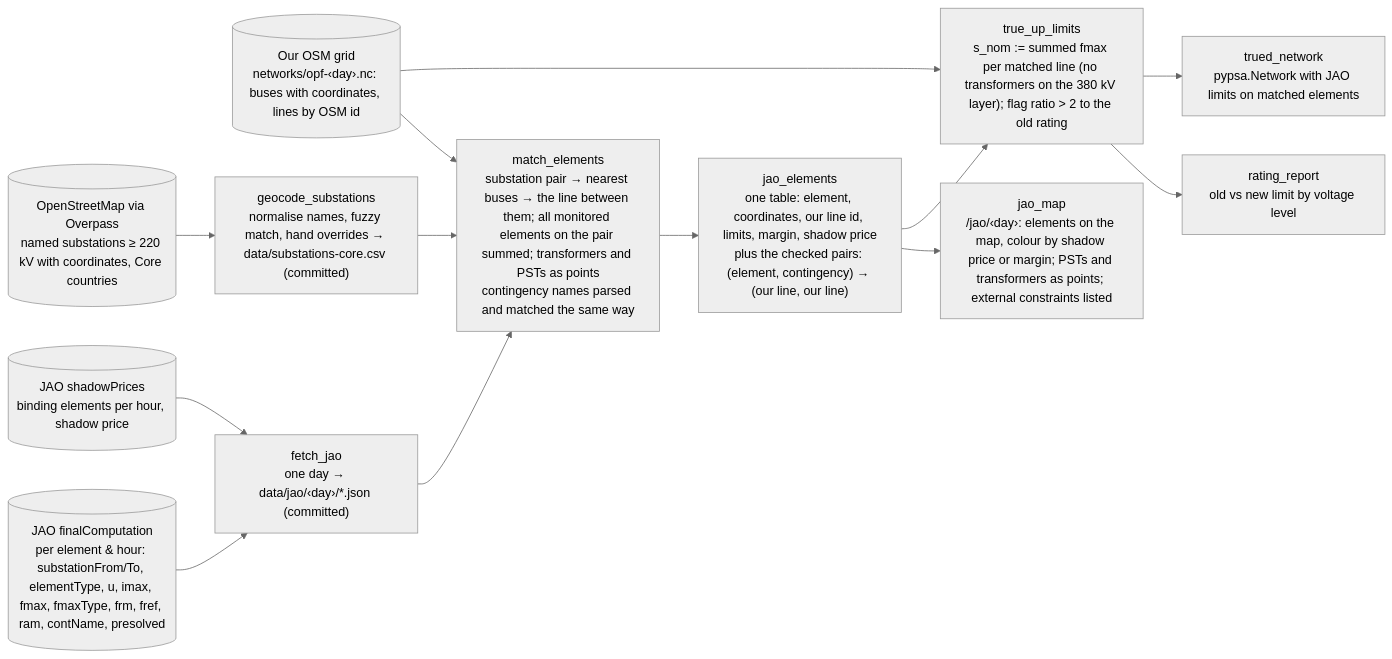
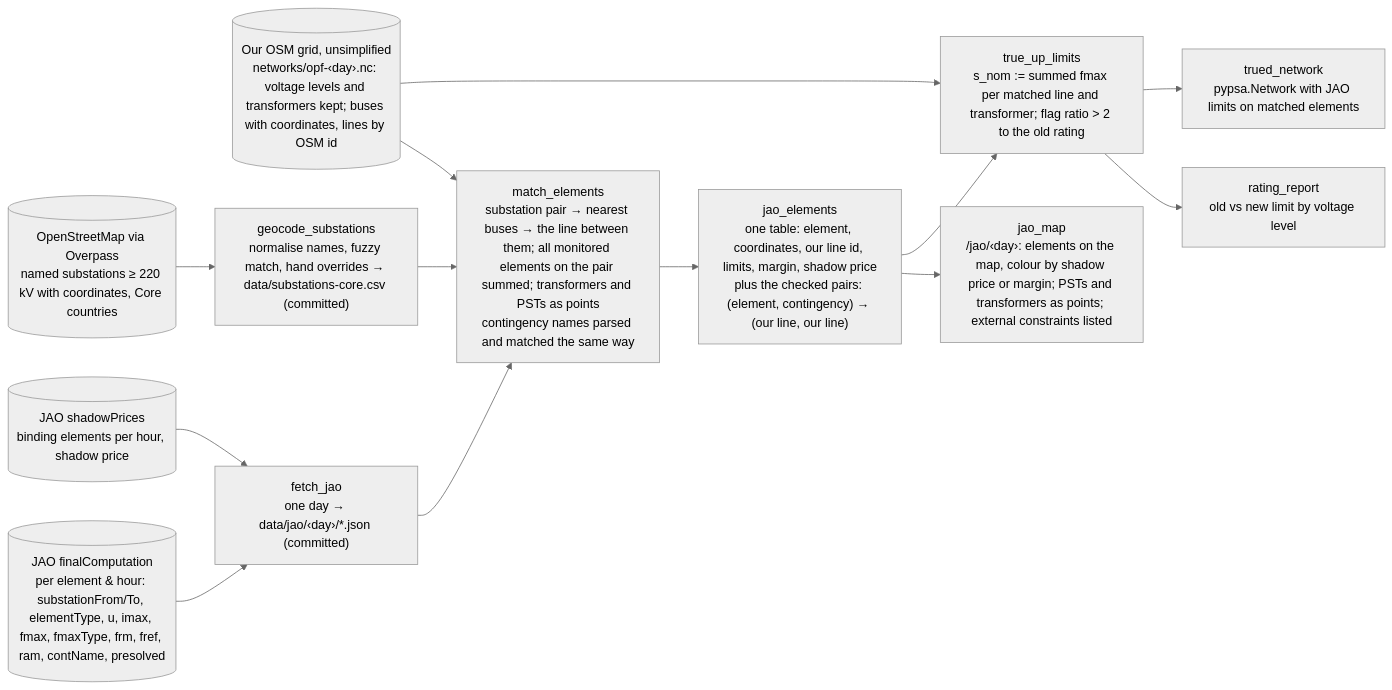
Before and after one commit to zoltanmaric/coppersushi: the diagram in wiki/specs/jao-grid.md, drawn with Mermaid (neutral theme). The commit also changed other lines of this file and 1 other file, not shown here.

````diff
--- a/wiki/specs/jao-grid.md
+++ b/wiki/specs/jao-grid.md
@@ -24,29 +27,29 @@
 ```mermaid
 flowchart LR
 
     jao_fc[("JAO finalComputation<br/>per element & hour: substationFrom/To, elementType, u, imax, fmax, fmaxType, frm, fref, ram, contName, presolved")]
     jao_sp[("JAO shadowPrices<br/>binding elements per hour, shadow price")]
     osm_subs[("OpenStreetMap via Overpass<br/>named substations ≥ 220 kV with coordinates, Core countries")]
-    grid[("Our OSM grid<br/>networks/opf-‹day›.nc: buses with coordinates, lines by OSM id")]
+    grid[("Our OSM grid, unsimplified<br/>networks/opf-‹day›.nc: voltage levels and transformers kept; buses with coordinates, lines by OSM id")]
 
     fetch["fetch_jao<br/>one day → data/jao/‹day›/*.json (committed)"]
     geocode["geocode_substations<br/>normalise names, fuzzy match, hand overrides → data/substations-core.csv (committed)"]
     match["match_elements<br/>substation pair → nearest buses → the line between them; all monitored elements on the pair summed; transformers and PSTs as points<br/>contingency names parsed and matched the same way"]
-    true_up["true_up_limits<br/>s_nom := summed fmax per matched line (no transformers on the 380 kV layer); flag ratio &gt; 2 to the old rating"]
+    true_up["true_up_limits<br/>s_nom := summed fmax per matched line and transformer; flag ratio &gt; 2 to the old rating"]
 
     elements["jao_elements<br/>one table: element, coordinates, our line id, limits, margin, shadow price<br/>plus the checked pairs: (element, contingency) → (our line, our line)"]
     limits["trued_network<br/>pypsa.Network with JAO limits on matched elements"]
     report["rating_report<br/>old vs new limit by voltage level"]
 
     map["jao_map<br/>/jao/‹day›: elements on the map, colour by shadow price or margin; PSTs and transformers as points; external constraints listed"]
 
     jao_fc --> fetch
     jao_sp --> fetch
     fetch --> match
     osm_subs --> geocode --> match
     grid --> match --> elements
     elements --> map
     elements --> true_up
     grid --> true_up --> limits
     true_up --> report
 ```
````
